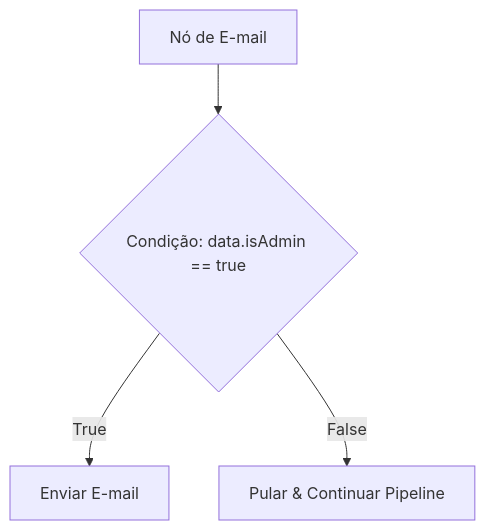
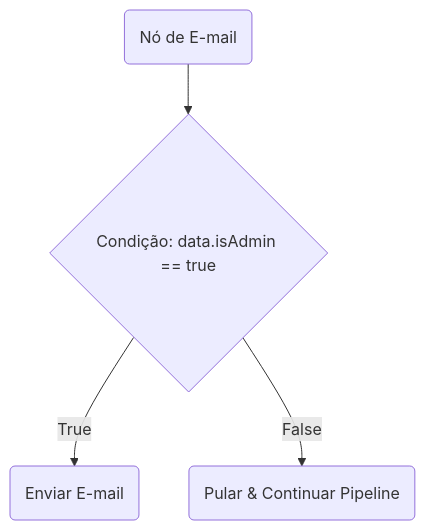
Before and after one commit to KriyanshKhunt/nexus_docs: the diagram in content/docs/pt/platform/concepts/workflows.mdx, drawn with Mermaid. The commit also changed 20 other files, not shown here.

Commit message:
Handle pt Mermaid charts

````diff
--- a/content/docs/pt/platform/concepts/workflows.mdx
+++ b/content/docs/pt/platform/concepts/workflows.mdx
@@ -49,6 +49,6 @@
 ```mermaid
 flowchart TD
-    Node[Nó de E-mail] --> Check{Condição: data.isAdmin == true}
-    Check -->|True| Send[Enviar E-mail]
-    Check -->|False| Skip[Pular & Continuar Pipeline]
+    Node(Nó de E-mail) --> Check{Condição: data.isAdmin == true}
+    Check -->|True| Send(Enviar E-mail)
+    Check -->|False| Skip(Pular & Continuar Pipeline)
 ```
````
